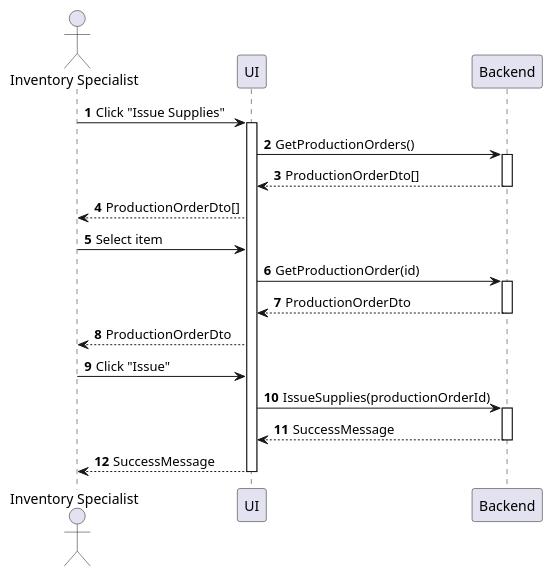
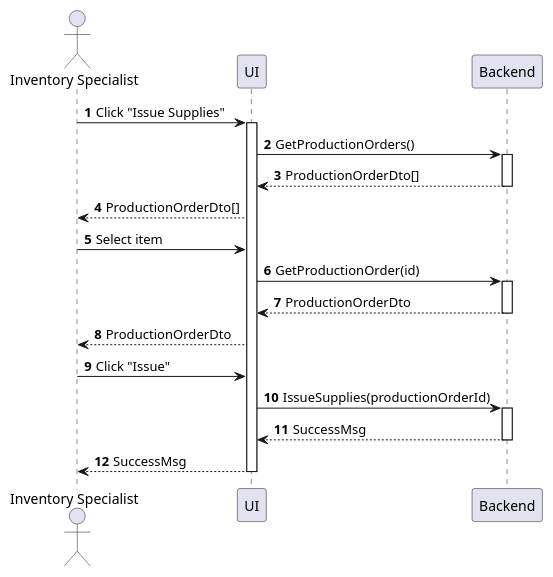
One commit to phihungha/scmss-reqs changed the diagram in sequences/inventory-supply-issue.plantuml. Above: the diagram before and after it, drawn with PlantUML. The commit also changed 17 other files, not shown here.

```diff
--- a/sequences/inventory-supply-issue.plantuml
+++ b/sequences/inventory-supply-issue.plantuml
@@ -1,24 +1,24 @@
 @startuml inventory-supply-issue
 autonumber
 
 actor "Inventory Specialist" as a
 participant UI as f
 participant Backend as b
 
 a -> f : Click "Issue Supplies"
 activate f
 f -> b : GetProductionOrders()
 activate b
 return ProductionOrderDto[]
 f --> a : ProductionOrderDto[]
 a -> f : Select item
 f -> b : GetProductionOrder(id)
 activate b
 return ProductionOrderDto
 f --> a : ProductionOrderDto
 a -> f : Click "Issue"
 f -> b : IssueSupplies(productionOrderId)
 activate b
-return SuccessMessage
-return SuccessMessage
+return SuccessMsg
+return SuccessMsg
 @enduml
```
